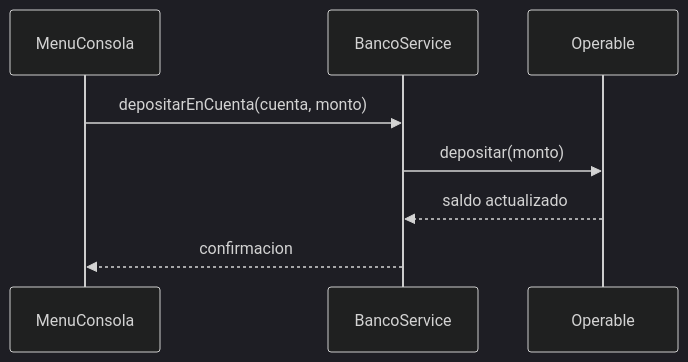
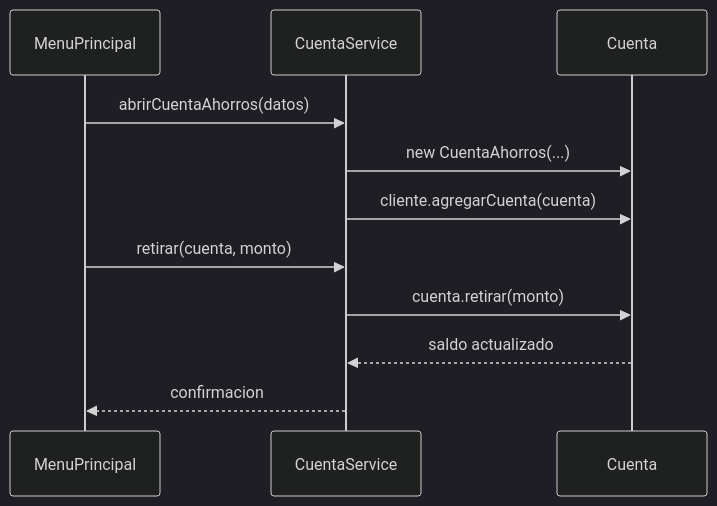
Before and after one commit to santiagoSuarez219/nodo-edu: the third of 3 diagrams in content/cursos/estructuras-de-datos/diseno-con-tad-y-orientacion-a-objetos.mdx, drawn with Mermaid (dark theme). The commit also changed other lines of this file and 3 other files, not shown here.

````diff
--- a/content/cursos/estructuras-de-datos/diseno-con-tad-y-orientacion-a-objetos.mdx
+++ b/content/cursos/estructuras-de-datos/diseno-con-tad-y-orientacion-a-objetos.mdx
@@ -277,10 +413,13 @@
 ```mermaid
 sequenceDiagram
-  participant View as MenuConsola
-  participant Service as BancoService
-  participant Cuenta as Operable
-  View->>Service: depositarEnCuenta(cuenta, monto)
-  Service->>Cuenta: depositar(monto)
-  Cuenta-->>Service: saldo actualizado
+  participant View as MenuPrincipal
+  participant Service as CuentaService
+  participant Model as Cuenta
+  View->>Service: abrirCuentaAhorros(datos)
+  Service->>Model: new CuentaAhorros(...)
+  Service->>Model: cliente.agregarCuenta(cuenta)
+  View->>Service: retirar(cuenta, monto)
+  Service->>Model: cuenta.retirar(monto)
+  Model-->>Service: saldo actualizado
   Service-->>View: confirmacion
 ```
````
